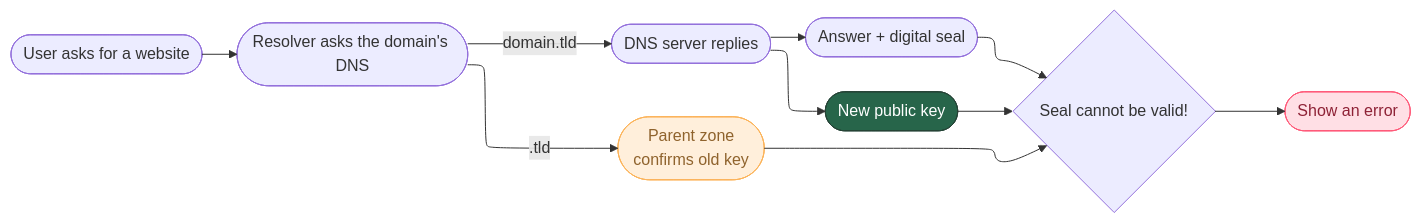
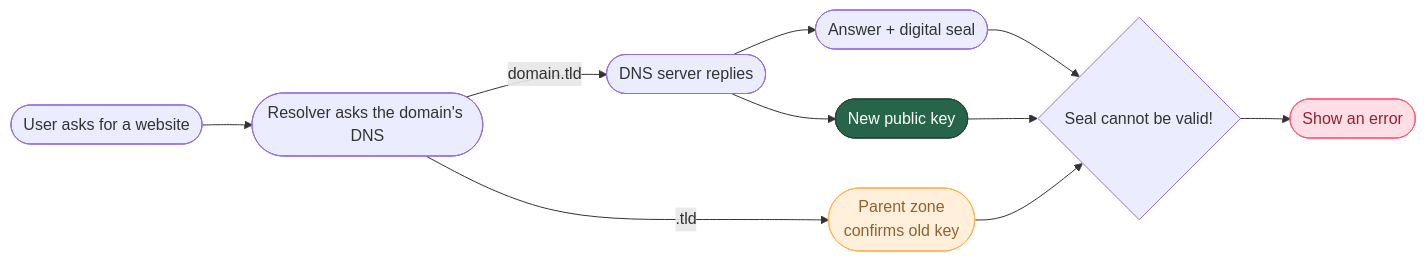
The second of 4 diagrams in DNSSEC.md (tecapps/presentations), drawn with Mermaid before and after one commit. The commit also changed other lines of this file, not shown here.

First line of the commit message:
📝 (DNSSEC.md): simplify Mermaid diagram syntax and formatting

````diff
--- a/DNSSEC.md
+++ b/DNSSEC.md
@@ -49,24 +44,19 @@
 ```mermaid
----
-config:
-  layout: elk
----
 flowchart LR
-    U(["User asks for a website"]) --> R@{ label: "Resolver asks the domain's DNS" }
+    U(["User asks for a website"]) --> R(["Resolver asks the domain's DNS"])
     R -- "domain.tld" --> A(["DNS server replies"])
     R -- ".tld" --> T(["Parent zone<br>confirms old key"])
     A --> S(["Answer + digital seal"]) & K(["New public key"])
     S --> V{"Seal cannot be valid!"}
     K --> V
     T --> V
     V -- <br> --> FAIL(["Show an error"])
 
-    R@{ shape: stadium}
      T:::Peach
      K:::Pine
 
      FAIL:::Rose
     classDef Pine stroke-width:1px, stroke-dasharray:none, stroke:#254336, fill:#27654A, color:#FFFFFF
     classDef Peach stroke-width:1px, stroke-dasharray:none, stroke:#FBB35A, fill:#FFEFDB, color:#8F632D
     classDef Rose stroke-width:1px, stroke-dasharray:none, stroke:#FF5978, fill:#FFDFE5, color:#8E2236
 ```
````
